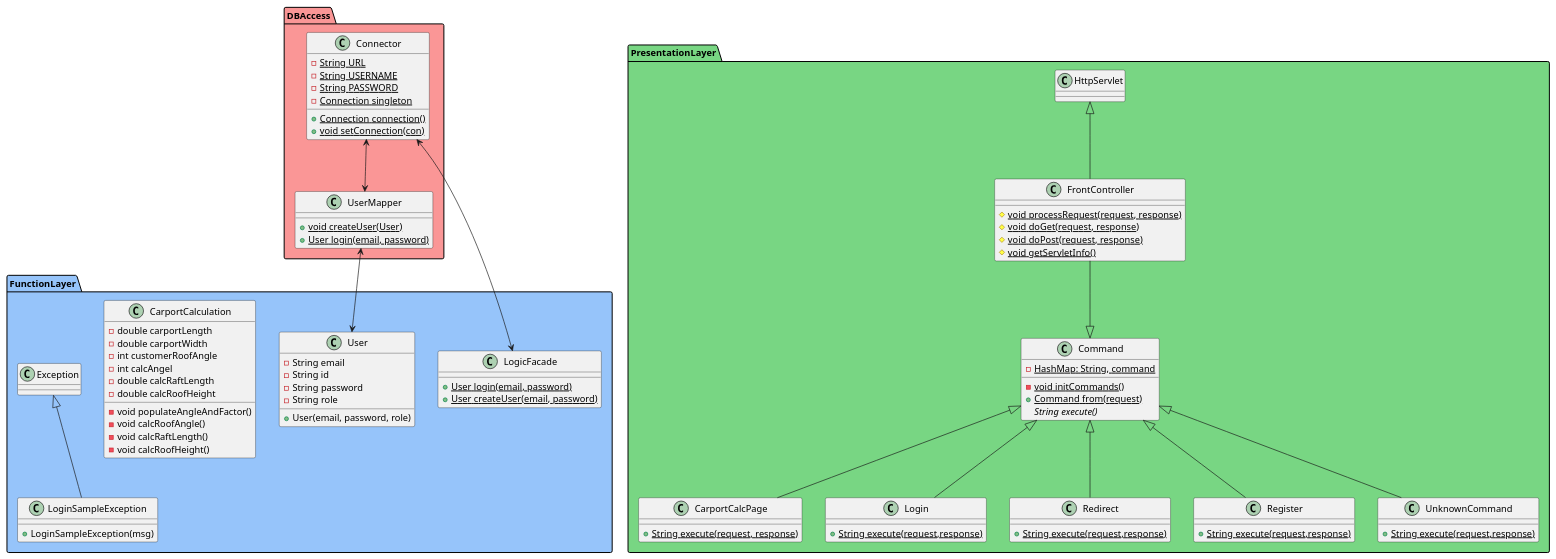
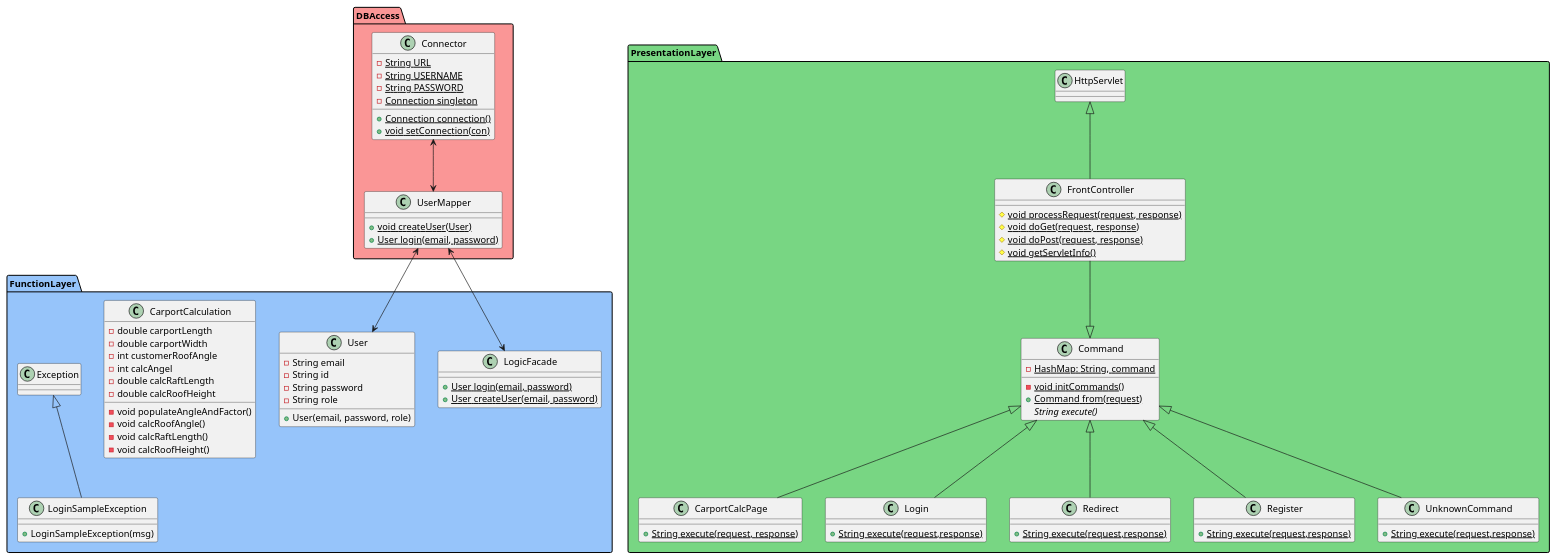
Before and after one commit to Jean-Poul/Eksamensprojekt_Fog: the diagram in src/UML/ClassDiagram.puml, drawn with PlantUML.

Commit message:
ClassDiagram fejl rettet

```diff
--- a/src/UML/ClassDiagram.puml
+++ b/src/UML/ClassDiagram.puml
@@ -1,99 +1,99 @@
 @startuml
 
 package "DBAccess" #fa9696 {
 
 Class UserMapper{
 {static}+void createUser(User)
 {static}+User login(email, password)
 }
 
 class Connector{
 {static}-String URL
 {static}-String USERNAME
 {static}-String PASSWORD
 {static}-Connection singleton
 {static}+Connection connection()
 {static}+void setConnection(con)
 }
 
 }
 
 package "FunctionLayer" #96c4fa {
 
-LogicFacade <--> Connector
+LogicFacade <--> UserMapper
 Connector <--> UserMapper
 UserMapper <--> User
 
 class CarportCalculation{
 -double carportLength
 -double carportWidth
 -int customerRoofAngle
 -int calcAngel
 -double calcRaftLength
 -double calcRoofHeight
 -void populateAngleAndFactor()
 -void calcRoofAngle()
 -void calcRaftLength()
 -void calcRoofHeight()
 }
 
 class LogicFacade {
 {static}+User login(email, password)
 {static}+User createUser(email, password)
 }
 
 class LoginSampleException extends Exception{
 +LoginSampleException(msg)
 }
 
 class User{
 -String email
 -String id
 -String password
 -String role
 +User(email, password, role)
 }
 
 }
 
 package "PresentationLayer" #78d683 {
 
 FrontController --|> Command
 
 class Command{
 {Static}-HashMap: String, command
 {Static}-void initCommands()
 {Static}+Command from(request)
 {abstract} String execute()
 }
 
 class CarportCalcPage extends Command{
 {Static}+String execute(request, response)
 }
 
 class FrontController extends HttpServlet{
 {Static}#void processRequest(request, response)
 {Static}#void doGet(request, response)
 {Static}#void doPost(request, response)
 {Static}#void getServletInfo()
 }
 
 class Login extends Command{
 {Static}+String execute(request,response)
 }
 
 class Redirect extends Command{
 {Static}+String execute(request,response)
 }
 
 class Register extends Command{
 {Static}+String execute(request,response)
 }
 
 class UnknownCommand extends Command{
 {Static}+String execute(request,response)
 }
 
 }
 
 @enduml
```
